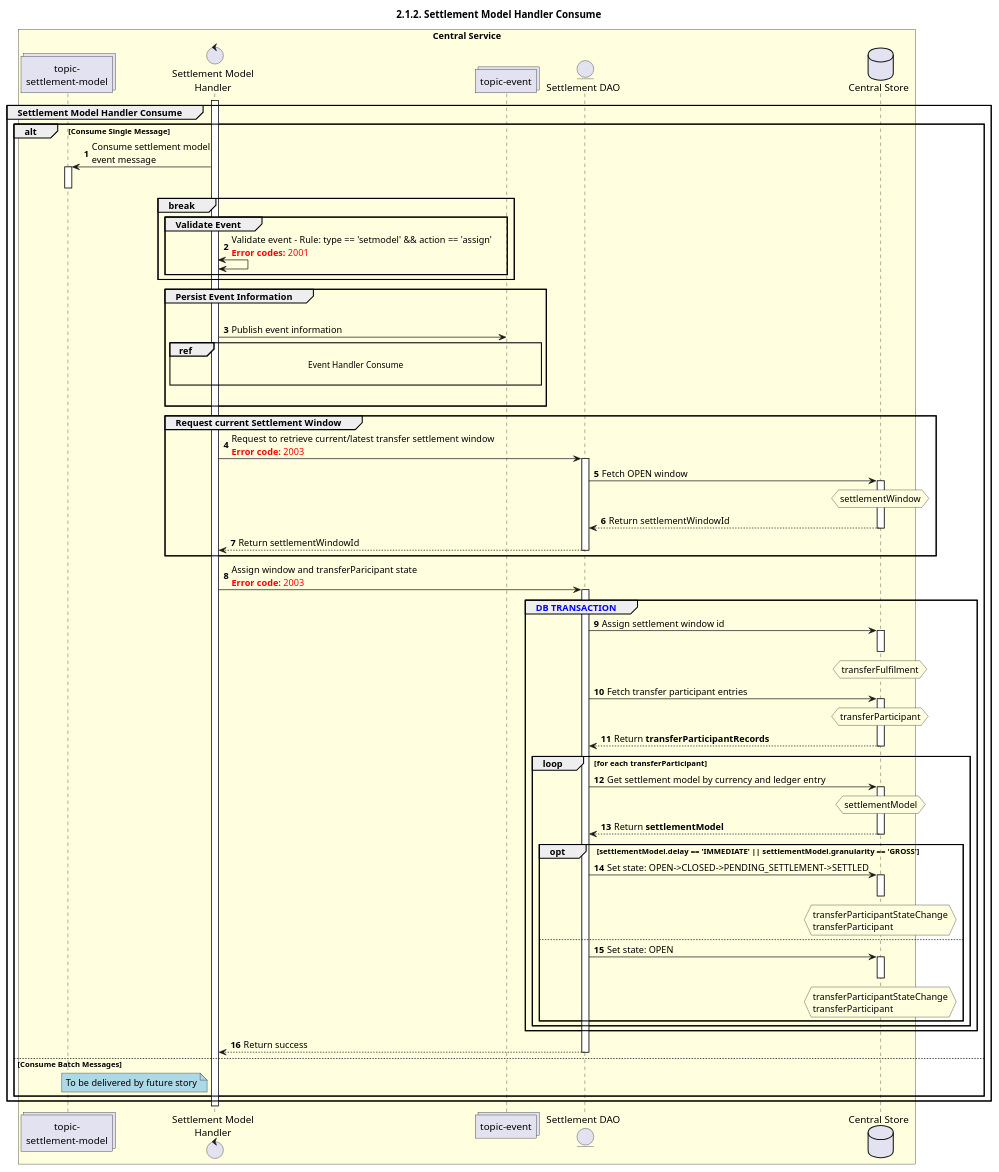
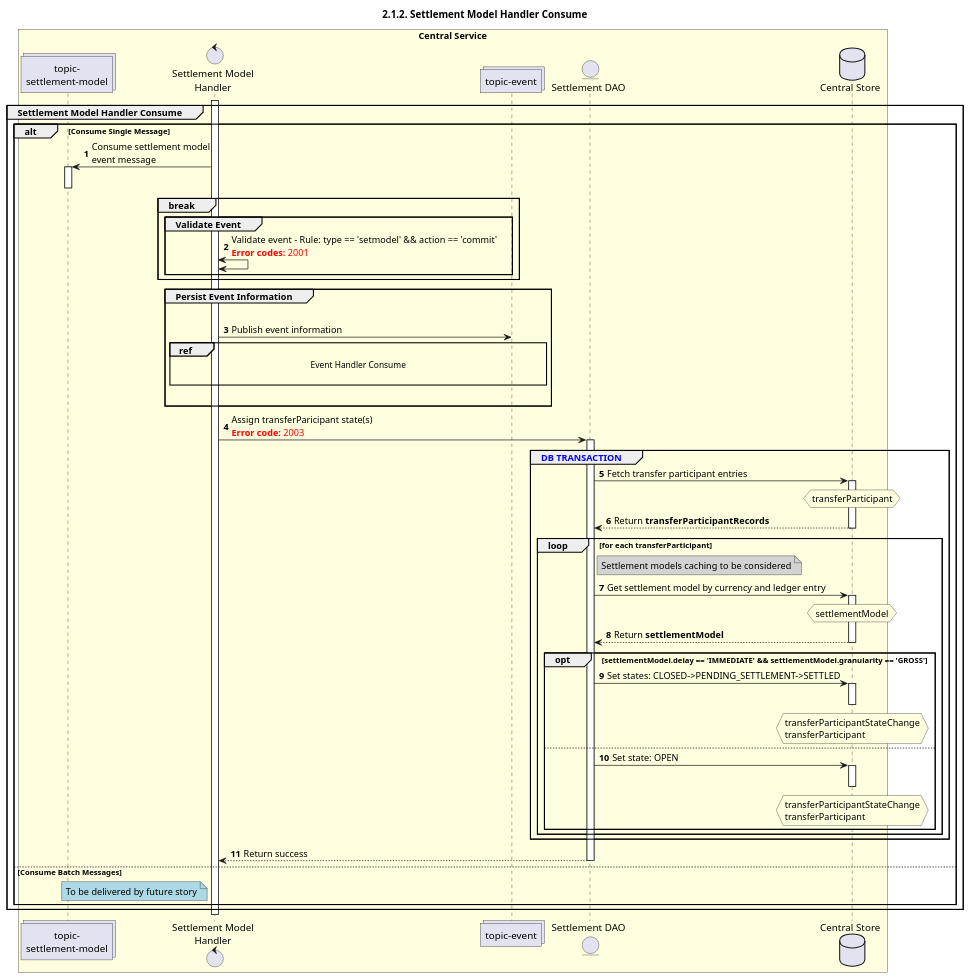
The diagram in mojaloop-technical-overview/central-ledger/assets/diagrams/sequence/seq-setmodel-2.1.2.plantuml (mojaloop/documentation), drawn with PlantUML before and after one commit. The commit also changed 11 other files, not shown here.

Commit message:
Updated sequence diagrams

```diff
--- a/mojaloop-technical-overview/central-ledger/assets/diagrams/sequence/seq-setmodel-2.1.2.plantuml
+++ b/mojaloop-technical-overview/central-ledger/assets/diagrams/sequence/seq-setmodel-2.1.2.plantuml
@@ -26,114 +26,97 @@
 @startuml
 ' declate title
 title 2.1.2. Settlement Model Handler Consume
 autonumber
 ' Actor Keys:
 '   boundary - APIs/Interfaces, etc
 '   collections - Kafka Topics
 '   control - Kafka Consumers
 '   entity - Database Access Objects
 '   database - Database Persistance Store
 ' declare actors
 collections "topic-\nsettlement-model" as TOPIC_SETMODEL
 control "Settlement Model\nHandler" as SETMODEL_HANDLER
 collections "topic-event" as TOPIC_EVENT
 entity "Settlement DAO" as SET_DAO
 database "Central Store" as DB
+
 box "Central Service" #LightYellow
     participant TOPIC_SETMODEL
     participant SETMODEL_HANDLER
     participant TOPIC_EVENT
     participant SET_DAO
     participant DB
 end box
 
 ' start flow
 activate SETMODEL_HANDLER
 group Settlement Model Handler Consume
     alt Consume Single Message
         TOPIC_SETMODEL <- SETMODEL_HANDLER: Consume settlement model\nevent message
         activate TOPIC_SETMODEL
         deactivate TOPIC_SETMODEL
         break
             group Validate Event
-                SETMODEL_HANDLER <-> SETMODEL_HANDLER: Validate event - Rule: type == 'setmodel' && action == 'assign'\n<color #FF0000><b>Error codes:</b> 2001</color>
+                SETMODEL_HANDLER <-> SETMODEL_HANDLER: Validate event - Rule: type == 'setmodel' && action == 'commit'\n<color #FF0000><b>Error codes:</b> 2001</color>
             end
         end
         group Persist Event Information
             |||
             SETMODEL_HANDLER -> TOPIC_EVENT: Publish event information
             ref over SETMODEL_HANDLER, TOPIC_EVENT:  Event Handler Consume\n
             |||
         end
 
-        group Request current Settlement Window
-            SETMODEL_HANDLER -> SET_DAO: Request to retrieve current/latest transfer settlement window\n<color #FF0000><b>Error code:</b> 2003</color>
-            activate SET_DAO
-            SET_DAO -> DB: Fetch OPEN window
-            activate DB
-            hnote over DB #lightyellow
-                settlementWindow
-            end note
-            DB --> SET_DAO: Return settlementWindowId
-            deactivate DB
-            SETMODEL_HANDLER <-- SET_DAO: Return settlementWindowId
-            deactivate SET_DAO
-        end
-
-        SETMODEL_HANDLER -> SET_DAO: Assign window and transferParicipant state\n<color #FF0000><b>Error code:</b> 2003</color>
+        SETMODEL_HANDLER -> SET_DAO: Assign transferParicipant state(s)\n<color #FF0000><b>Error code:</b> 2003</color>
         activate SET_DAO
         group <color #blue>DB TRANSACTION</color>
-            SET_DAO -> DB: Assign settlement window id
-            activate DB
-            hnote over DB #lightyellow
-                transferFulfilment
-            end note
-            deactivate DB
-
             SET_DAO -> DB: Fetch transfer participant entries
             activate DB
             hnote over DB #lightyellow
                 transferParticipant
             end note
             DB --> SET_DAO: Return **transferParticipantRecords**
             deactivate DB
 
             loop for each transferParticipant
+                note right of SET_DAO #lightgrey
+                    Settlement models caching to be considered
+                end note
                 SET_DAO -> DB: Get settlement model by currency and ledger entry
                 activate DB
                 hnote over DB #lightyellow
                     settlementModel
                 end note
                 DB --> SET_DAO: Return **settlementModel**
                 deactivate DB
 
-                opt settlementModel.delay == 'IMMEDIATE' || settlementModel.granularity == 'GROSS'
-                    SET_DAO -> DB: Set state: OPEN->CLOSED->PENDING_SETTLEMENT->SETTLED
+                opt settlementModel.delay == 'IMMEDIATE' && settlementModel.granularity == 'GROSS'
+                    SET_DAO -> DB: Set states: CLOSED->PENDING_SETTLEMENT->SETTLED
                     activate DB
                     hnote over DB #lightyellow
                         transferParticipantStateChange
                         transferParticipant
                     end note
                     deactivate DB
                 else
                     SET_DAO -> DB: Set state: OPEN
                     activate DB
                     hnote over DB #lightyellow
                         transferParticipantStateChange
                         transferParticipant
                     end note
                     deactivate DB
                 end
 
             end
         end
         SETMODEL_HANDLER <-- SET_DAO: Return success
         deactivate SET_DAO
     else Consume Batch Messages
         note left of SETMODEL_HANDLER #lightblue
             To be delivered by future story
         end note
     end
 end
 deactivate SETMODEL_HANDLER
 @enduml
```
